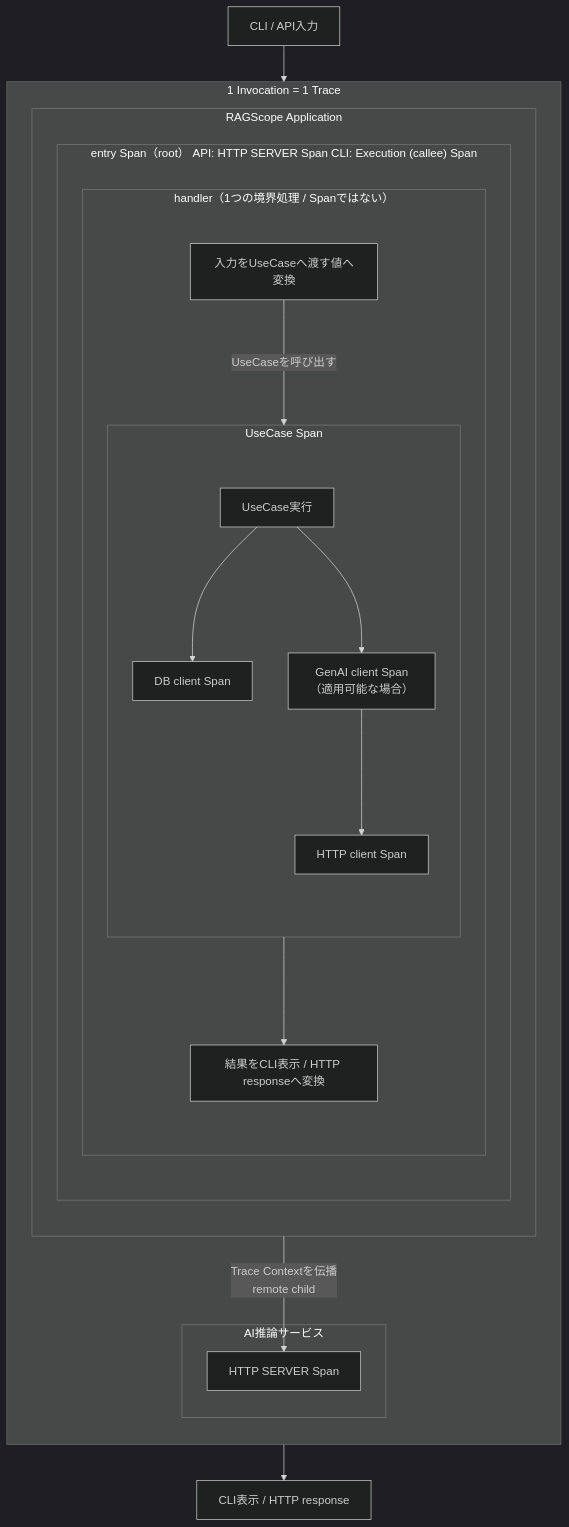
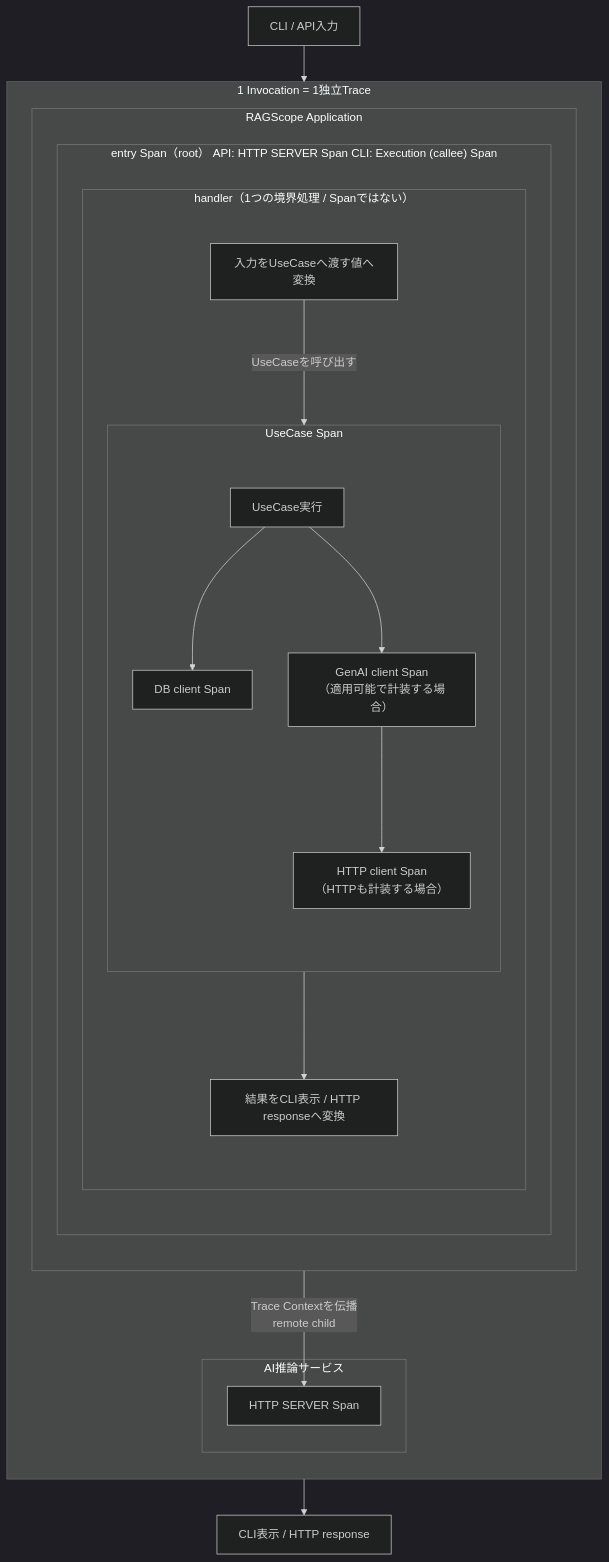
The diagram in Notes/RAGScope/RAGScopeアプリケーション/RS-0023 Trace設計メモ.md (takashit16833/Workbench), drawn with Mermaid (dark theme) before and after one commit. The commit also changed other lines of this file, not shown here.

Commit message:
notes: finalize trace boundary and failure mapping

````diff
--- a/Notes/RAGScope/RAGScopeアプリケーション/RS-0023 Trace設計メモ.md
+++ b/Notes/RAGScope/RAGScopeアプリケーション/RS-0023 Trace設計メモ.md
@@ -79,41 +102,41 @@
 ```mermaid
 flowchart TB
     INPUT["CLI / API入力"]
 
-    subgraph TRACE["1 Invocation = 1 Trace"]
+    subgraph TRACE["1 Invocation = 1独立Trace"]
         direction TB
 
         subgraph APP["RAGScope Application"]
             direction TB
 
             subgraph ENTRY["entry Span（root） API: HTTP SERVER Span CLI: Execution (callee) Span"]
                 direction TB
 
                 subgraph HANDLER["handler（1つの境界処理 / Spanではない）"]
                     direction TB
                     HIN["入力をUseCaseへ渡す値へ変換"]
 
                     subgraph UCSPAN["UseCase Span"]
                         direction TB
                         UC["UseCase実行"]
                         UC --> DB["DB client Span"]
-                        UC --> GENAI["GenAI client Span<br>（適用可能な場合）"]
-                        GENAI --> AI_REQ["HTTP client Span"]
+                        UC --> GENAI["GenAI client Span<br>（適用可能で計装する場合）"]
+                        GENAI --> AI_REQ["HTTP client Span<br>（HTTPも計装する場合）"]
                     end
 
                     HIN -->|"UseCaseを呼び出す"| UC
                     UC --> HOUT["結果をCLI表示 / HTTP responseへ変換"]
                 end
             end
         end
 
         subgraph AISVC["AI推論サービス"]
             AI_SERVER["HTTP SERVER Span"]
         end
 
         AI_REQ -->|"Trace Contextを伝播<br>remote child"| AI_SERVER
     end
 
     INPUT --> HIN
     HOUT --> OUTPUT["CLI表示 / HTTP response"]
 ```
````
